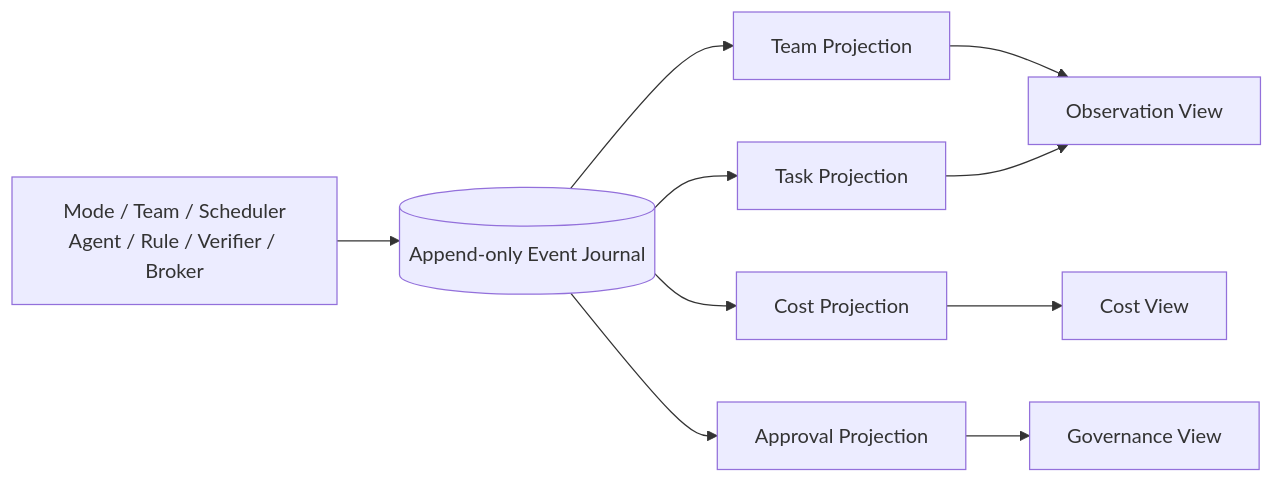
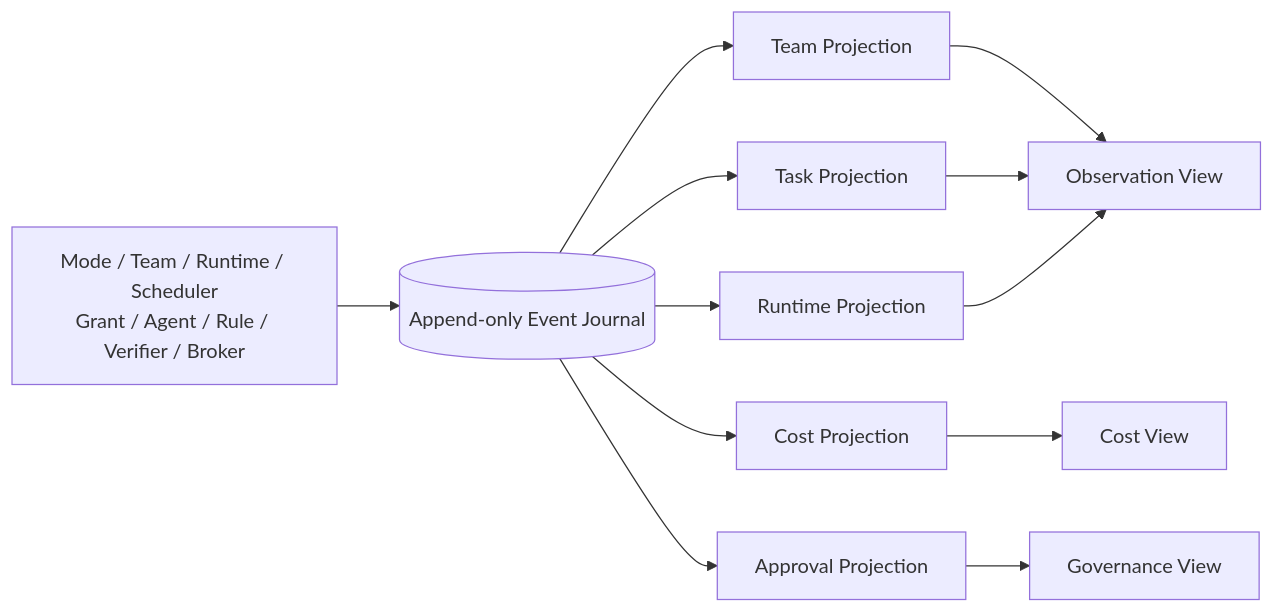
Before and after one commit to tttboy123/loom: diagram 11 of 13 in docs/ARCHITECTURE.md, drawn with Mermaid. The commit also changed other lines of this file and 26 other files, not shown here.

````diff
--- a/docs/ARCHITECTURE.md
+++ b/docs/ARCHITECTURE.md
@@ -317,14 +378,16 @@
 ```mermaid
 flowchart LR
-    Sources["Mode / Team / Scheduler<br/>Agent / Rule / Verifier / Broker"] --> Journal[("Append-only Event Journal")]
+    Sources["Mode / Team / Runtime / Scheduler<br/>Grant / Agent / Rule / Verifier / Broker"] --> Journal[("Append-only Event Journal")]
 
     Journal --> TeamProjection["Team Projection"]
     Journal --> TaskProjection["Task Projection"]
+    Journal --> RuntimeProjection["Runtime Projection"]
     Journal --> CostProjection["Cost Projection"]
     Journal --> ApprovalProjection["Approval Projection"]
 
     TeamProjection --> Observation["Observation View"]
     TaskProjection --> Observation
+    RuntimeProjection --> Observation
     CostProjection --> Cost["Cost View"]
     ApprovalProjection --> Governance["Governance View"]
 ```
````
